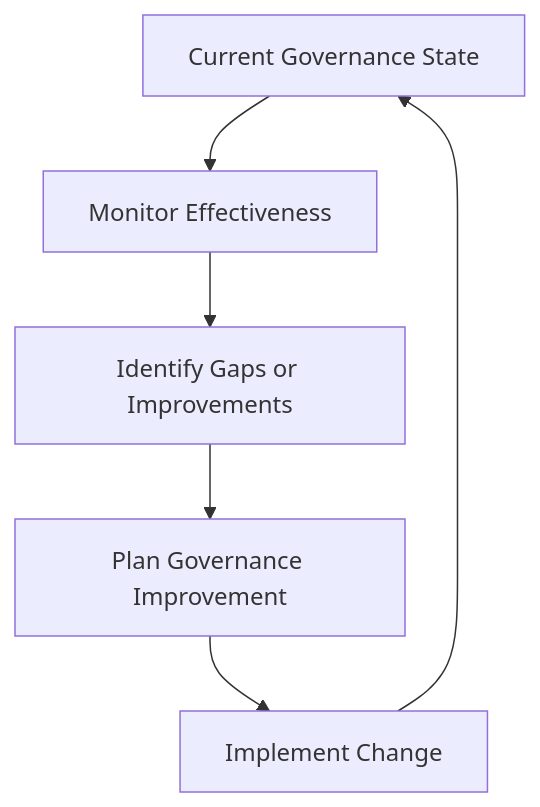
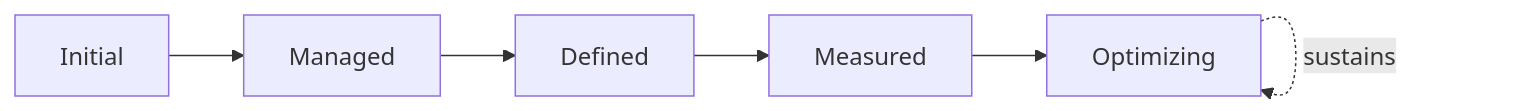
Before and after one commit to MojammelJoy/StackLeo-Tech-Store: the sixth of 6 diagrams in 06_Security/security-governance.md, drawn with Mermaid. The commit also changed other lines of this file and 37 other files, not shown here.

````diff
--- a/06_Security/security-governance.md
+++ b/06_Security/security-governance.md
@@ -259,8 +493,8 @@
 ```mermaid
-flowchart TD
-    Baseline[Current Governance State] --> Monitor6[Monitor Effectiveness]
-    Monitor6 --> Identify4[Identify Gaps or Improvements]
-    Identify4 --> Plan4[Plan Governance Improvement]
-    Plan4 --> Implement2[Implement Change]
-    Implement2 --> Baseline
+flowchart LR
+    Initial18[Initial] --> Managed18[Managed]
+    Managed18 --> Defined18[Defined]
+    Defined18 --> Measured18[Measured]
+    Measured18 --> Optimizing18[Optimizing]
+    Optimizing18 -.sustains.-> Optimizing18
 ```
````
